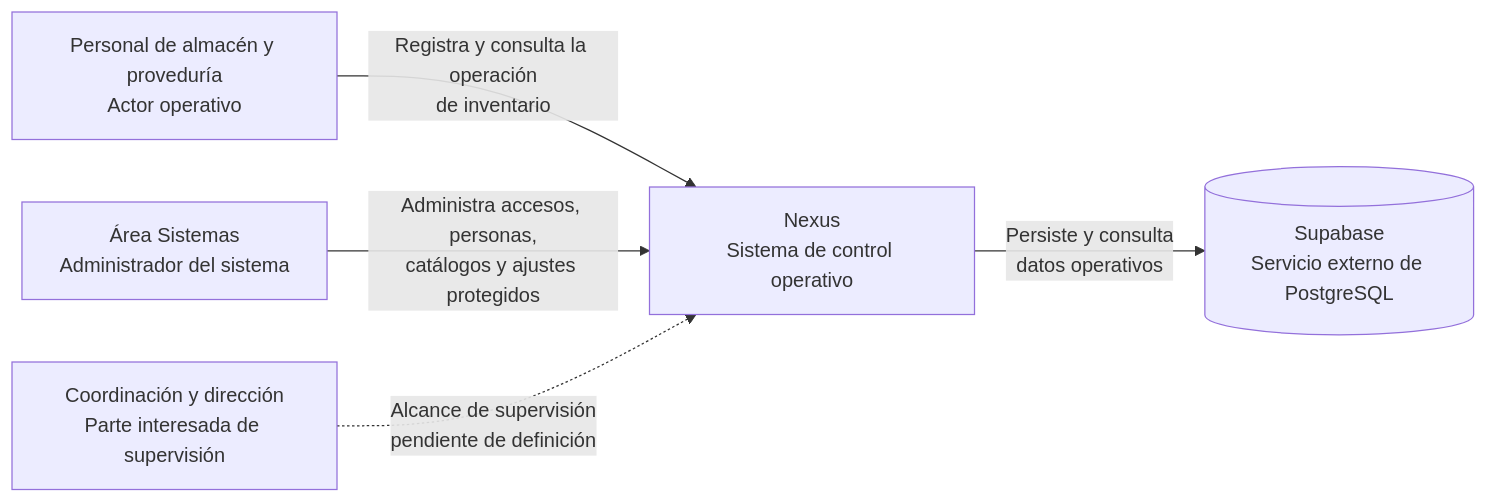
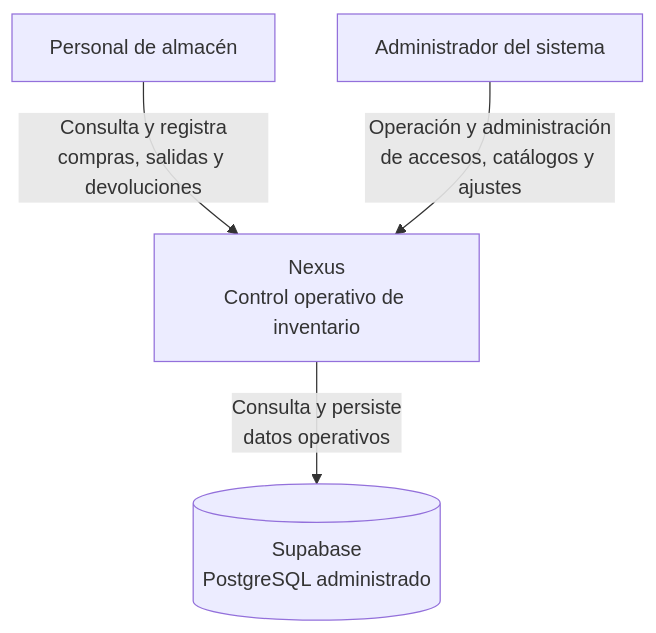
One commit to gpgsistemas01/nexus changed the first of 5 diagrams in docs/architecture/views/physical/01-system-runtime-and-deployment.md. Above: the diagram before and after it, drawn with Mermaid. The commit also changed other lines of this file and 3 other files, not shown here.

````diff
--- a/docs/architecture/views/physical/01-system-runtime-and-deployment.md
+++ b/docs/architecture/views/physical/01-system-runtime-and-deployment.md
@@ -12,13 +26,10 @@
 ```mermaid
-flowchart LR
-    warehouse["Personal de almacén y proveduría<br/>Actor operativo"]
-    systems["Área Sistemas<br/>Administrador del sistema"]
-    management["Coordinación y dirección<br/>Parte interesada de supervisión"]
-    nexus["Nexus<br/>Sistema de control operativo"]
-    supabase[("Supabase<br/>Servicio externo de PostgreSQL")]
-
-    warehouse -->|"Registra y consulta la operación<br/>de inventario"| nexus
-    systems -->|"Administra accesos, personas,<br/>catálogos y ajustes protegidos"| nexus
-    management -.->|"Alcance de supervisión<br/>pendiente de definición"| nexus
-    nexus -->|"Persiste y consulta<br/>datos operativos"| supabase
+flowchart TB
+    warehouse["Personal de almacén"]
+    administrator["Administrador del sistema"]
+    nexus["Nexus<br/>Control operativo de inventario"]
+    supabase[("Supabase<br/>PostgreSQL administrado")]
+    warehouse -->|"Consulta y registra<br/>compras, salidas y devoluciones"| nexus
+    administrator -->|"Operación y administración<br/>de accesos, catálogos y ajustes"| nexus
+    nexus -->|"Consulta y persiste<br/>datos operativos"| supabase
 ```
````
